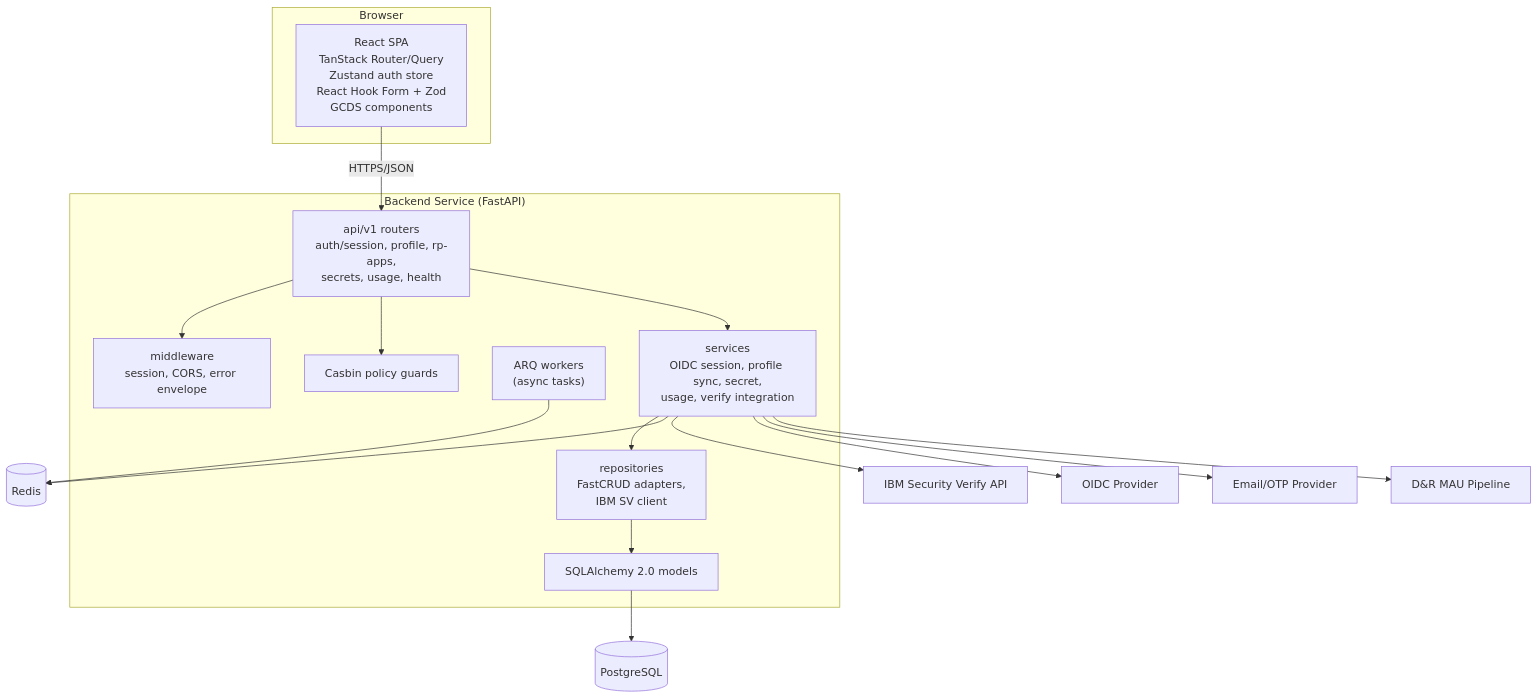
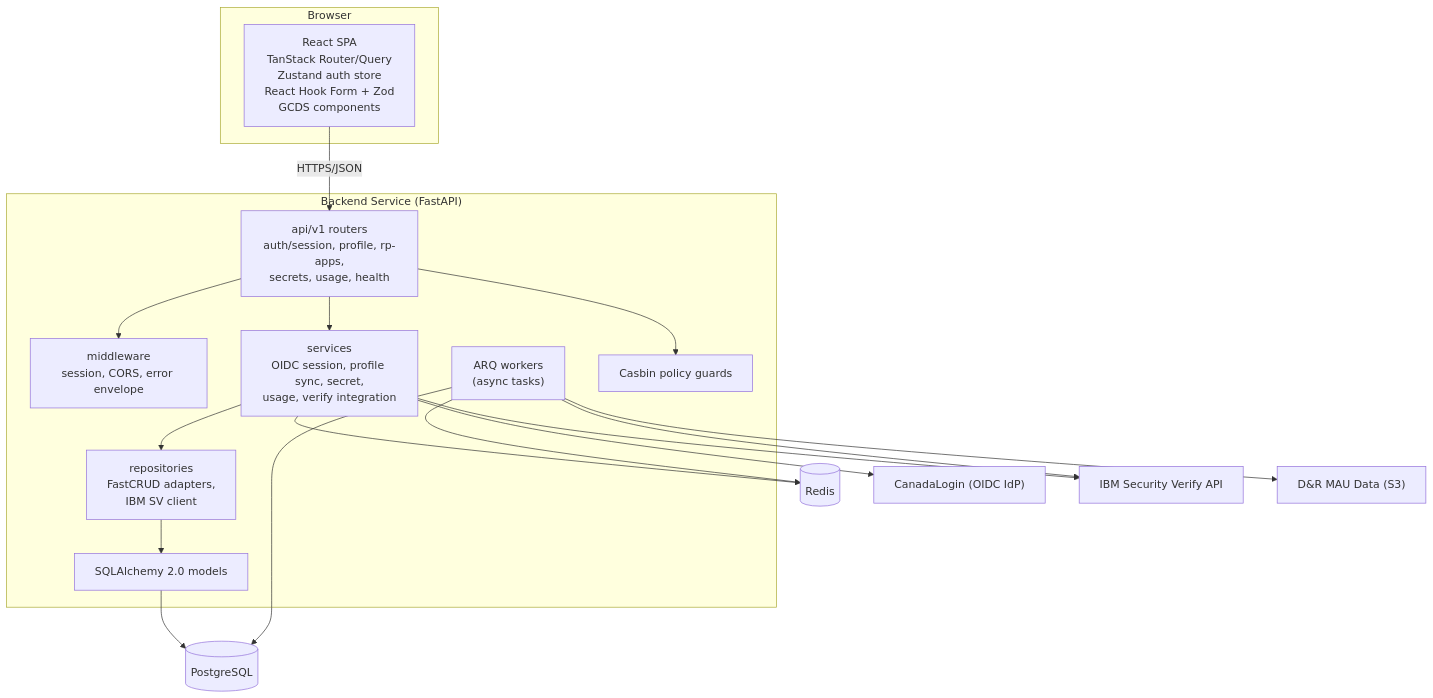
The second of 3 diagrams in docs/plans/partner-portal-mvp-architecture.md (cds-snc/canadalogin-partner-portal), drawn with Mermaid before and after one commit. The commit also changed other lines of this file and 1 other file, not shown here.

Commit message:
mvp architecture doc update (#93)

````diff
--- a/docs/plans/partner-portal-mvp-architecture.md
+++ b/docs/plans/partner-portal-mvp-architecture.md
@@ -52,37 +53,37 @@
 ```mermaid
 flowchart TB
     subgraph browser["Browser"]
         spa["React SPA<br/>TanStack Router/Query<br/>Zustand auth store<br/>React Hook Form + Zod<br/>GCDS components"]
     end
 
     subgraph api["Backend Service (FastAPI)"]
         routes["api/v1 routers<br/>auth/session, profile, rp-apps,<br/>secrets, usage, health"]
         mw["middleware<br/>session, CORS, error envelope"]
         services["services<br/>OIDC session, profile sync, secret,<br/>usage, verify integration"]
         repos["repositories<br/>FastCRUD adapters,<br/>IBM SV client"]
         models["SQLAlchemy 2.0 models"]
         workers["ARQ workers<br/>(async tasks)"]
         casbin["Casbin policy guards"]
     end
 
     pg[("PostgreSQL")]
     redis[("Redis")]
+    canadalogin["CanadaLogin (OIDC IdP)"]
     verify["IBM Security Verify API"]
-    oidc["OIDC Provider"]
-    notify["Email/OTP Provider"]
-    dnr["D&R MAU Pipeline"]
+    s3["D&R MAU Data (S3)"]
 
     spa -- HTTPS/JSON --> routes
     routes --> mw
     routes --> casbin
     routes --> services
     services --> repos
     repos --> models
     models --> pg
     services --> redis
+    services --> canadalogin
+    services --> verify
     workers --> redis
-    services --> verify
-    services --> oidc
-    services --> notify
-    services --> dnr
+    workers --> pg
+    workers --> verify
+    workers --> s3
 ```
````
